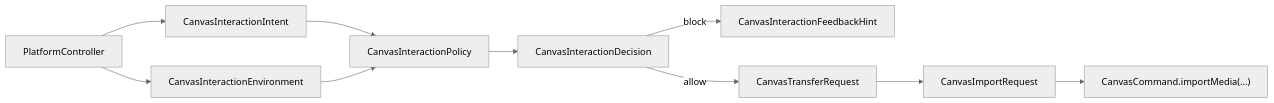
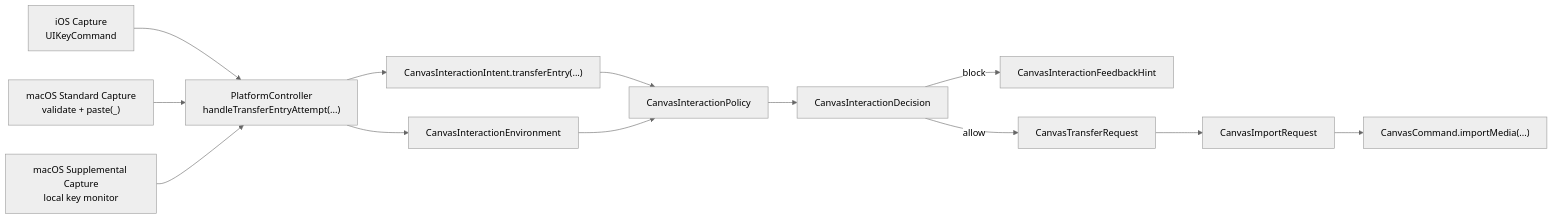
One commit to ShaunCheh/MyCanvas_Ver_0 changed the first of 8 diagrams in .cursor/plans/方案4输入意图收敛_b466a267.plan.md. Above: the diagram before and after it, drawn with Mermaid (neutral theme). The commit also changed other lines of this file, not shown here.

````diff
--- a/.cursor/plans/方案4输入意图收敛_b466a267.plan.md
+++ b/.cursor/plans/方案4输入意图收敛_b466a267.plan.md
@@ -157,22 +174,28 @@
 ```mermaid
 flowchart LR
-    controller["PlatformController"]
-    intent["CanvasInteractionIntent"]
+    iosCapture["iOS Capture<br/>UIKeyCommand"]
+    macStandard["macOS Standard Capture<br/>validate + paste(_)"]
+    macSupplement["macOS Supplemental Capture<br/>local key monitor"]
+    normalizedEntry["PlatformController<br/>handleTransferEntryAttempt(...)"]
+    intent["CanvasInteractionIntent.transferEntry(...)"]
     environment["CanvasInteractionEnvironment"]
     policy["CanvasInteractionPolicy"]
     decision["CanvasInteractionDecision"]
     feedback["CanvasInteractionFeedbackHint"]
     transferRequest["CanvasTransferRequest"]
     importRequest["CanvasImportRequest"]
     importCommand["CanvasCommand.importMedia(...)"]
 
-    controller --> intent
-    controller --> environment
+    iosCapture --> normalizedEntry
+    macStandard --> normalizedEntry
+    macSupplement --> normalizedEntry
+    normalizedEntry --> intent
+    normalizedEntry --> environment
     intent --> policy
     environment --> policy
     policy --> decision
     decision -->|"allow"| transferRequest
     transferRequest --> importRequest
     importRequest --> importCommand
     decision -->|"block"| feedback
 ```
````
